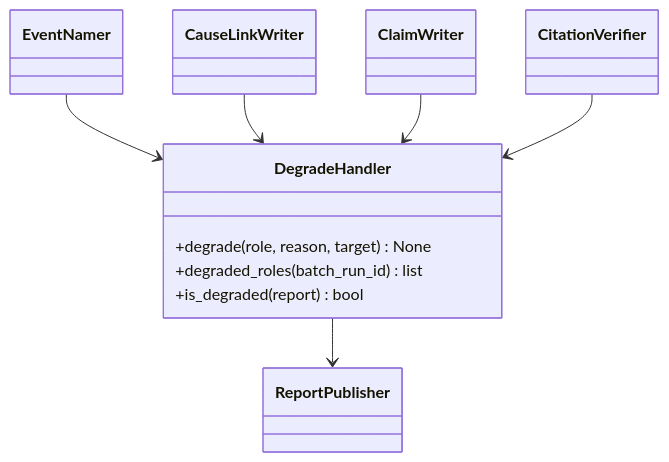
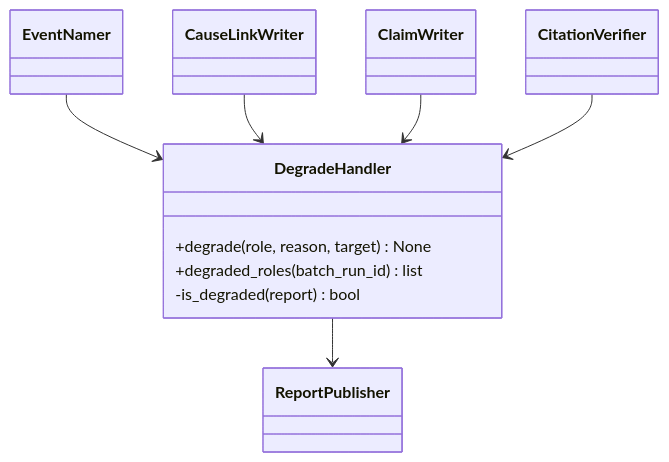
Before and after one commit to HoyoungParkme/tableau_platform: diagram 21 of 29 in docs/specs/06-DOM/TBL-DOM-002.md, drawn with Mermaid. The commit also changed other lines of this file, not shown here.

Commit message:
교차 검증 지적 반영: A 리포트 열람 경로(read_report_document·publish_a_report) 신설, 도메인 상태 신호등을 5단계 판정 산출물로 확정(build_domain_status), 클래스 다이어그램을 MS 시그니처에 맞춤(공개·사설 조정, 반환형·llm 인자), 3장 대괄호 참조 정정, 개정 서술을 현재 상태 서술로 교체

````diff
--- a/docs/specs/06-DOM/TBL-DOM-002.md
+++ b/docs/specs/06-DOM/TBL-DOM-002.md
@@ -825,13 +836,13 @@
 ```mermaid
 classDiagram
   class DegradeHandler {
     +degrade(role, reason, target) None
     +degraded_roles(batch_run_id) list
-    +is_degraded(report) bool
+    -is_degraded(report) bool
   }
   EventNamer --> DegradeHandler
   CauseLinkWriter --> DegradeHandler
   ClaimWriter --> DegradeHandler
   CitationVerifier --> DegradeHandler
   DegradeHandler --> ReportPublisher
 ```
````
